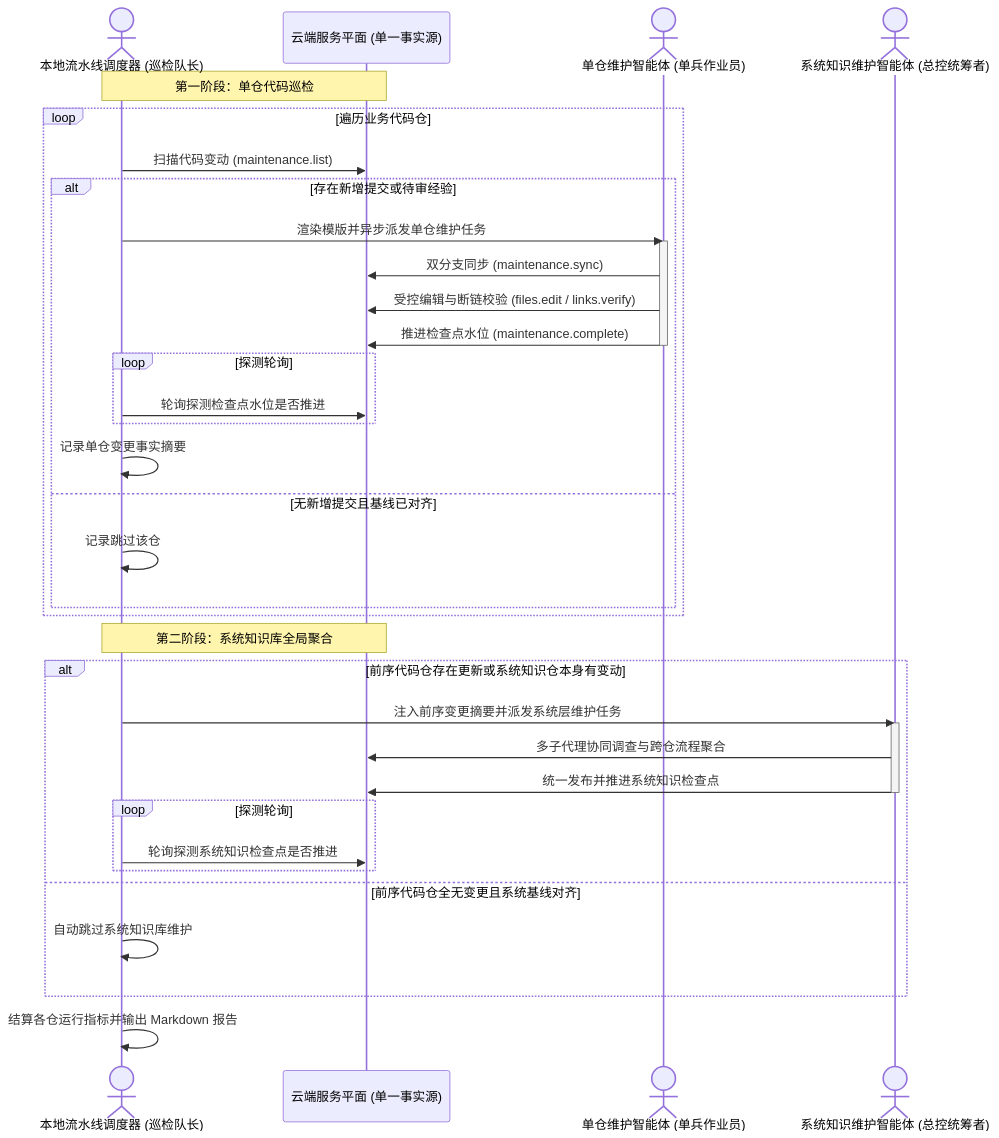
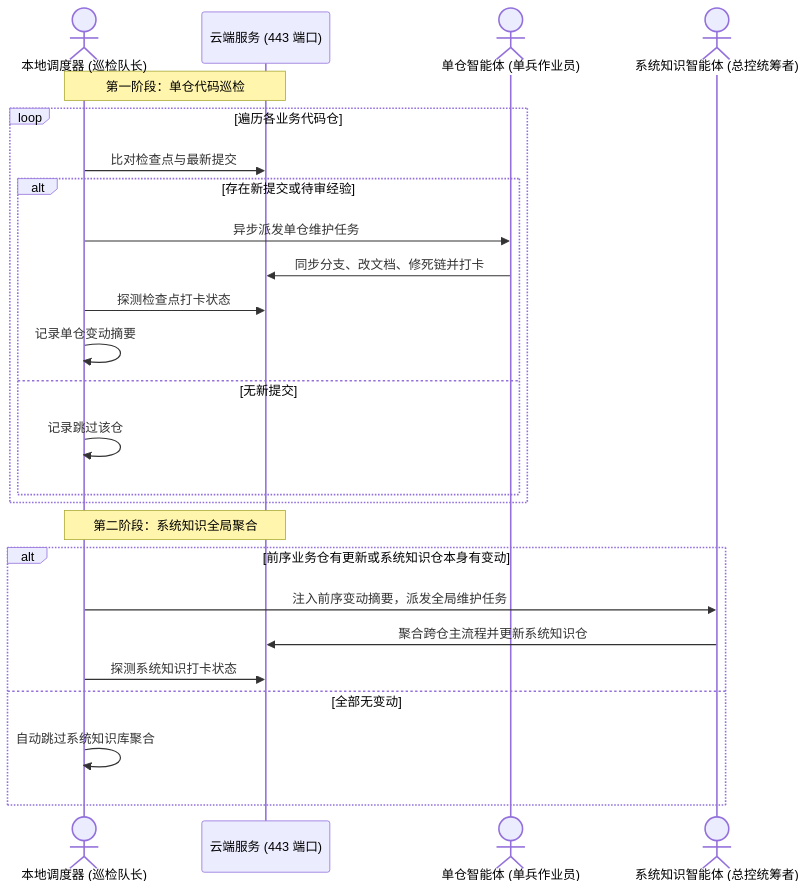
The third of 3 diagrams in docs/architecture.md (fjay/knowledge-dock), drawn with Mermaid before and after one commit. The commit also changed other lines of this file and 4 other files, not shown here.

````diff
--- a/docs/architecture.md
+++ b/docs/architecture.md
@@ -153,42 +89,29 @@
 ```mermaid
 sequenceDiagram
-    actor Runner as 本地流水线调度器 (巡检队长)
-    participant Cloud as 云端服务平面 (单一事实源)
-    actor Worker as 单仓维护智能体 (单兵作业员)
-    actor SystemWorker as 系统知识维护智能体 (总控统筹者)
+    actor Runner as 本地调度器 (巡检队长)
+    participant Cloud as 云端服务 (443 端口)
+    actor Worker as 单仓智能体 (单兵作业员)
+    actor SystemWorker as 系统知识智能体 (总控统筹者)
 
     Note over Runner,Cloud: 第一阶段：单仓代码巡检
-    loop 遍历业务代码仓
-        Runner->>Cloud: 扫描代码变动 (maintenance.list)
-        alt 存在新增提交或待审经验
-            Runner->>Worker: 渲染模版并异步派发单仓维护任务
-            activate Worker
-            Worker->>Cloud: 双分支同步 (maintenance.sync)
-            Worker->>Cloud: 受控编辑与断链校验 (files.edit / links.verify)
-            Worker->>Cloud: 推进检查点水位 (maintenance.complete)
-            deactivate Worker
-            loop 探测轮询
-                Runner->>Cloud: 轮询探测检查点水位是否推进
-            end
-            Runner->>Runner: 记录单仓变更事实摘要
-        else 无新增提交且基线已对齐
+    loop 遍历各业务代码仓
+        Runner->>Cloud: 比对检查点与最新提交
+        alt 存在新提交或待审经验
+            Runner->>Worker: 异步派发单仓维护任务
+            Worker->>Cloud: 同步分支、改文档、修死链并打卡
+            Runner->>Cloud: 探测检查点打卡状态
+            Runner->>Runner: 记录单仓变动摘要
+        else 无新提交
             Runner->>Runner: 记录跳过该仓
         end
     end
 
-    Note over Runner,Cloud: 第二阶段：系统知识库全局聚合
-    alt 前序代码仓存在更新或系统知识仓本身有变动
-        Runner->>SystemWorker: 注入前序变更摘要并派发系统层维护任务
-        activate SystemWorker
-        SystemWorker->>Cloud: 多子代理协同调查与跨仓流程聚合
-        SystemWorker->>Cloud: 统一发布并推进系统知识检查点
-        deactivate SystemWorker
-        loop 探测轮询
-            Runner->>Cloud: 轮询探测系统知识检查点是否推进
-        end
-    else 前序代码仓全无变更且系统基线对齐
-        Runner->>Runner: 自动跳过系统知识库维护
+    Note over Runner,Cloud: 第二阶段：系统知识全局聚合
+    alt 前序业务仓有更新或系统知识仓本身有变动
+        Runner->>SystemWorker: 注入前序变动摘要，派发全局维护任务
+        SystemWorker->>Cloud: 聚合跨仓主流程并更新系统知识仓
+        Runner->>Cloud: 探测系统知识打卡状态
+    else 全部无变动
+        Runner->>Runner: 自动跳过系统知识库聚合
     end
-
-    Runner->>Runner: 结算各仓运行指标并输出 Markdown 报告
 ```
````
